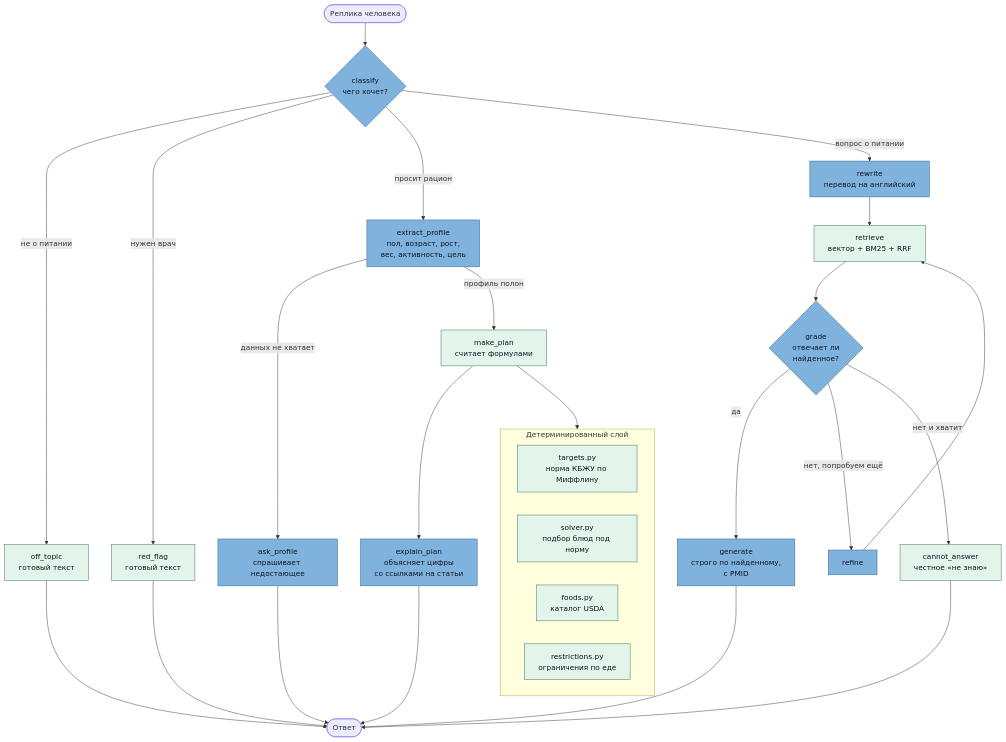
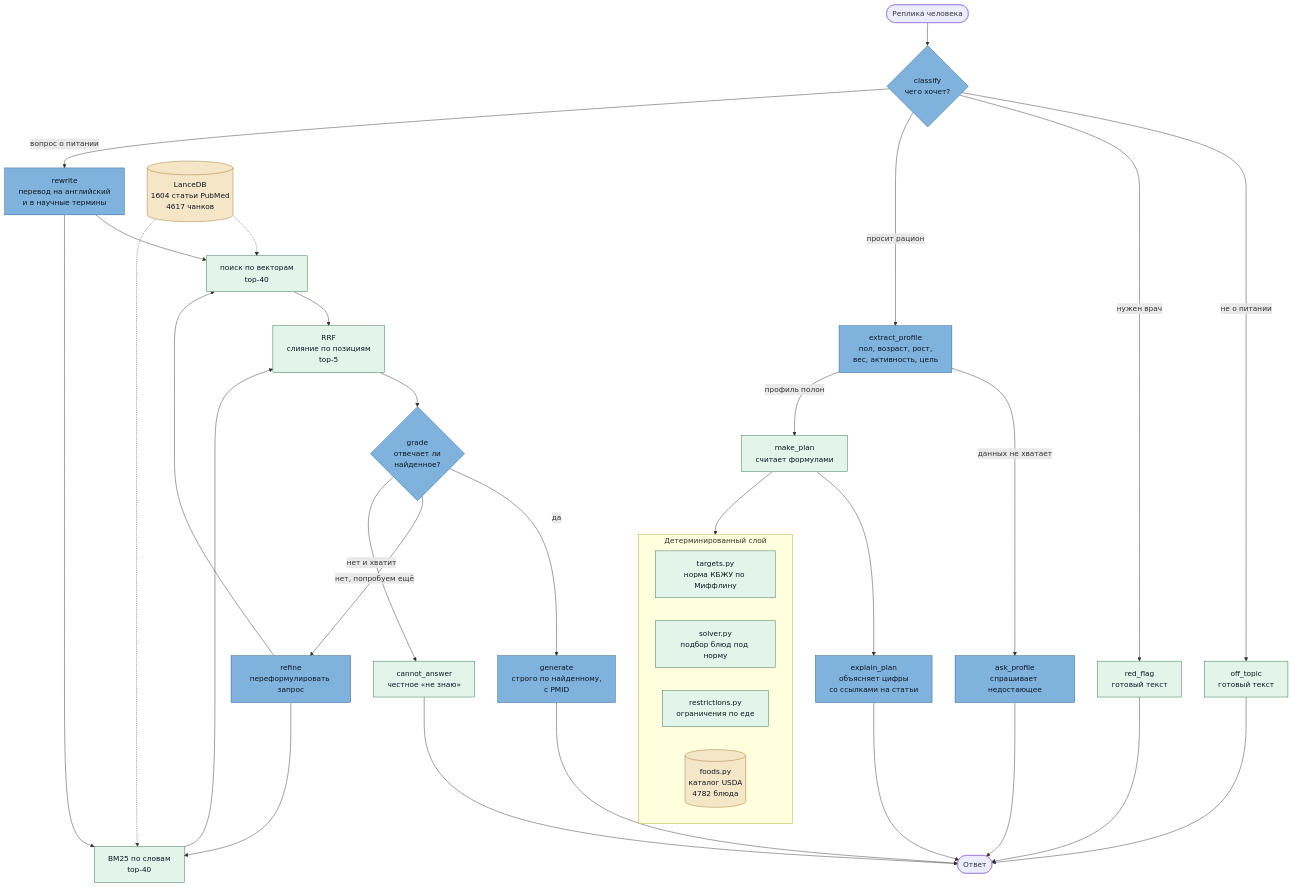
The diagram in README.md (Lutichek/Nutrition-agent), drawn with Mermaid before and after one commit. The commit also changed other lines of this file, not shown here.

First line of the commit message:
Диаграмма: показать RAG, а не только поток управления

````diff
--- a/README.md
+++ b/README.md
@@ -42,30 +42,41 @@
 ```mermaid
 flowchart TD
     Q([Реплика человека]) --> C{classify<br/>чего хочет?}:::llm
 
     C -->|не о питании| OT[off_topic<br/>готовый текст]:::code --> E([Ответ])
     C -->|нужен врач| RF[red_flag<br/>готовый текст]:::code --> E
 
     C -->|просит рацион| EP[extract_profile<br/>пол, возраст, рост,<br/>вес, активность, цель]:::llm
     EP -->|данных не хватает| AP[ask_profile<br/>спрашивает недостающее]:::llm --> E
     EP -->|профиль полон| MP[make_plan<br/>считает формулами]:::code
     MP --> XP[explain_plan<br/>объясняет цифры<br/>со ссылками на статьи]:::llm --> E
 
-    C -->|вопрос о питании| RW[rewrite<br/>перевод на английский]:::llm --> RT[retrieve<br/>вектор + BM25 + RRF]:::code
-    RT --> G{grade<br/>отвечает ли<br/>найденное?}:::llm
+    C -->|вопрос о питании| RW[rewrite<br/>перевод на английский<br/>и в научные термины]:::llm
+    RW --> DS[поиск по векторам<br/>top-40]:::code
+    RW --> BM[BM25 по словам<br/>top-40]:::code
+    DS --> RRF[RRF<br/>слияние по позициям<br/>top-5]:::code
+    BM --> RRF
+
+    KB[(LanceDB<br/>1604 статьи PubMed<br/>4617 чанков)]:::store
+    KB -.-> DS
+    KB -.-> BM
+
+    RRF --> G{grade<br/>отвечает ли<br/>найденное?}:::llm
     G -->|да| GEN[generate<br/>строго по найденному,<br/>с PMID]:::llm --> E
-    G -->|нет, попробуем ещё| RFN[refine]:::llm --> RT
+    G -->|нет, попробуем ещё| RFN[refine<br/>переформулировать запрос]:::llm --> DS
+    RFN --> BM
     G -->|нет и хватит| CA[cannot_answer<br/>честное «не знаю»]:::code --> E
 
     subgraph DET [Детерминированный слой]
         T[targets.py<br/>норма КБЖУ по Миффлину]:::code
         S[solver.py<br/>подбор блюд под норму]:::code
-        F[foods.py<br/>каталог USDA]:::code
         R[restrictions.py<br/>ограничения по еде]:::code
+        F[(foods.py<br/>каталог USDA<br/>4782 блюда)]:::store
     end
 
     MP --> DET
 
     classDef llm fill:#7fb3de,stroke:#2c5f8f,color:#0d1520
     classDef code fill:#e3f5ea,stroke:#2f6f4e,color:#0d1520
+    classDef store fill:#f5e6c8,stroke:#9c7a33,color:#0d1520
 ```
````
